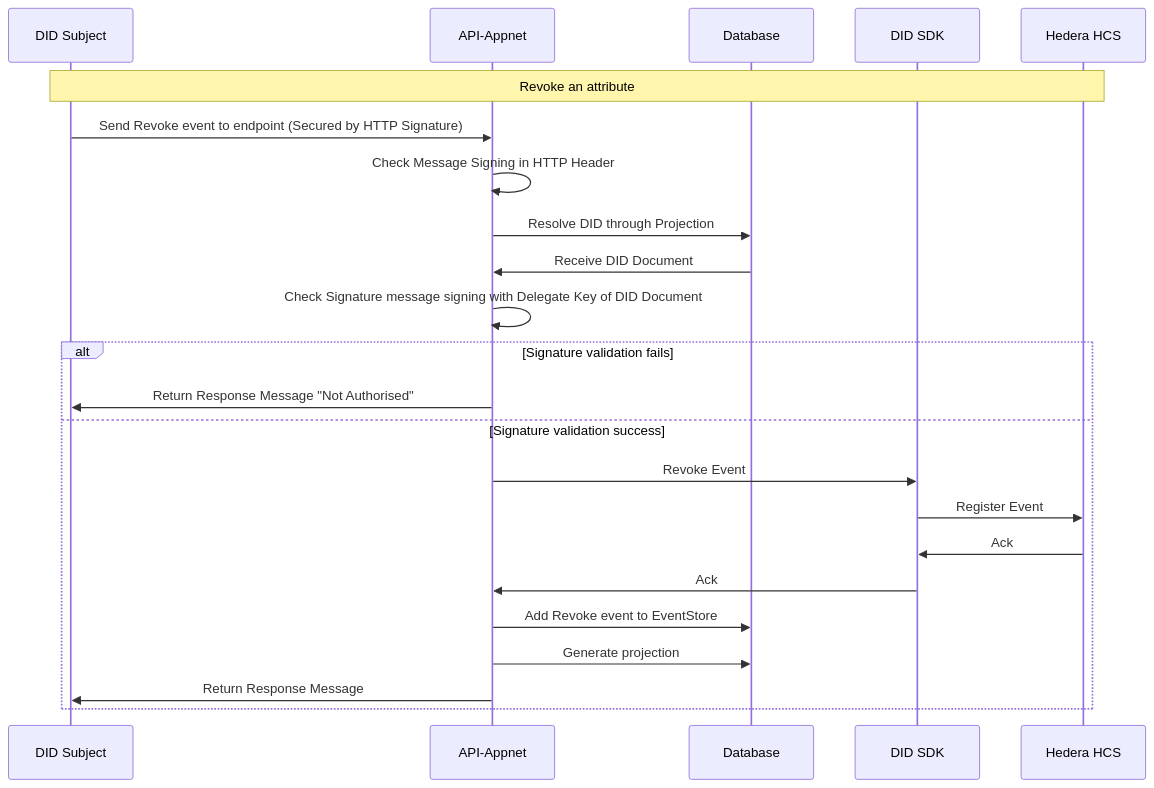
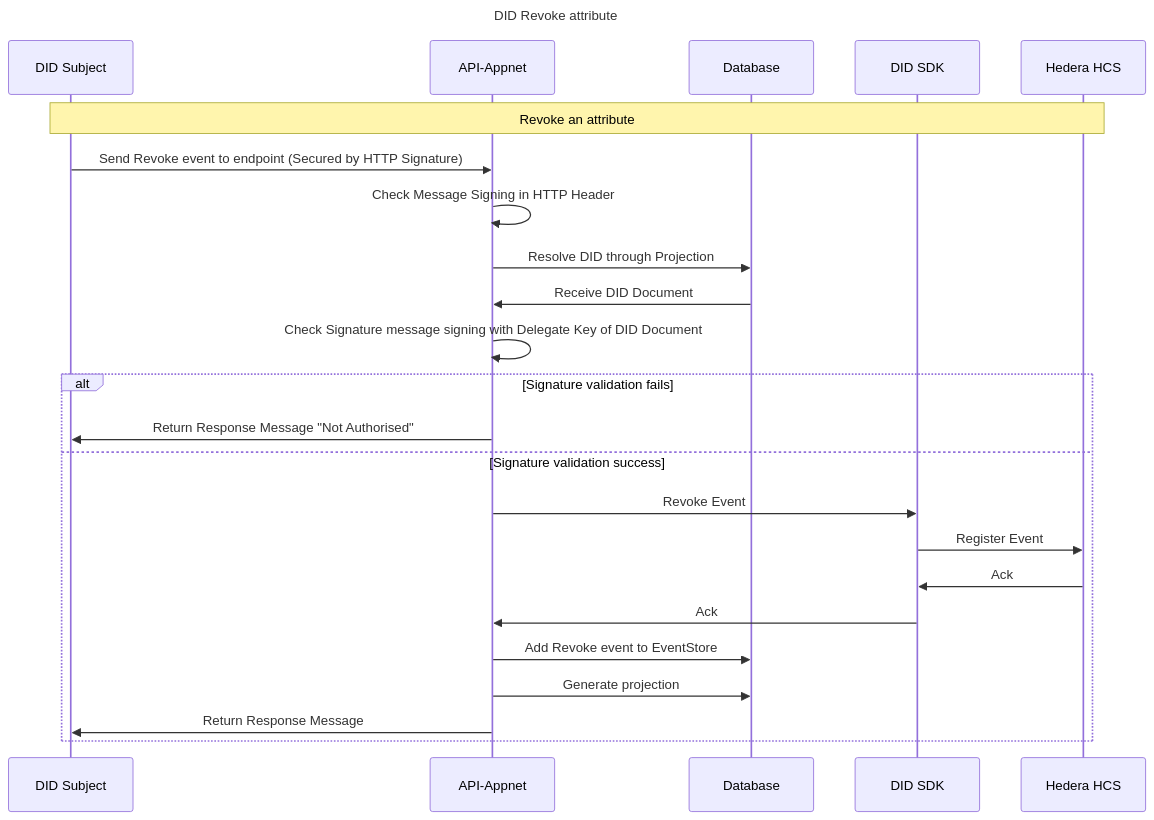
The diagram in documentation/diagrams/did-revoke-attribute.mmd (Meeco/hedera-did-identity-network), drawn with Mermaid before and after one commit. The commit also changed 8 other files, not shown here.

Commit message:
style: Add titles to the diagrams.

```diff
--- a/documentation/diagrams/did-revoke-attribute.mmd
+++ b/documentation/diagrams/did-revoke-attribute.mmd
@@ -1,25 +1,26 @@
 sequenceDiagram
+Title: DID Revoke attribute
 
 participant Subject as DID Subject
 participant API as API-Appnet
 participant Database as Database
 participant DIDSDK as DID SDK
 participant HCS as Hedera HCS
 
 note over Subject,HCS: Revoke an attribute
 Subject ->> API: Send Revoke event to endpoint (Secured by HTTP Signature)
 API ->> API: Check Message Signing in HTTP Header
 API ->> Database: Resolve DID through Projection
 Database ->> API: Receive DID Document
 API ->> API: Check Signature message signing with Delegate Key of DID Document
 alt Signature validation fails
 API ->> Subject: Return Response Message "Not Authorised"
 else Signature validation success
 API ->> DIDSDK: Revoke Event
 DIDSDK ->> HCS: Register Event
 HCS ->> DIDSDK: Ack
 DIDSDK ->> API: Ack
 API ->> Database: Add Revoke event to EventStore
 API ->> Database: Generate projection
 API ->> Subject: Return Response Message
 end
```
